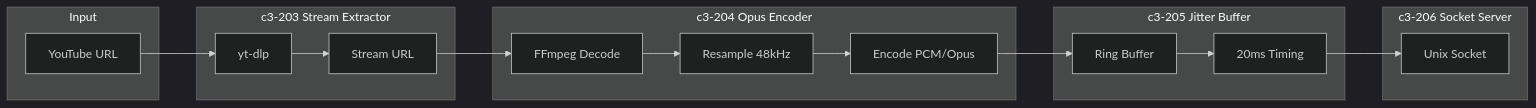
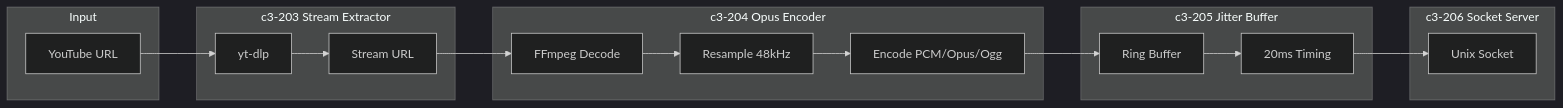
One commit to thewind121212/natashi changed the fifth of 6 diagrams in .c3/c3-2-go-audio/README.md. Above: the diagram before and after it, drawn with Mermaid (dark theme). The commit also changed other lines of this file and 8 other files, not shown here.

````diff
--- a/.c3/c3-2-go-audio/README.md
+++ b/.c3/c3-2-go-audio/README.md
@@ -136,28 +143,28 @@
 ```mermaid
 flowchart LR
     subgraph Input["Input"]
         URL[YouTube URL]
     end
 
     subgraph c3_203["c3-203 Stream Extractor"]
         YTDLP[yt-dlp]
         STREAM[Stream URL]
     end
 
     subgraph c3_204["c3-204 Opus Encoder"]
         DECODE[FFmpeg Decode]
         RESAMPLE[Resample 48kHz]
-        ENCODE[Encode PCM/Opus]
+        ENCODE[Encode PCM/Opus/Ogg]
     end
 
     subgraph c3_205["c3-205 Jitter Buffer"]
         BUFFER[Ring Buffer]
         TIMING[20ms Timing]
     end
 
     subgraph c3_206["c3-206 Socket Server"]
         OUTPUT[Unix Socket]
     end
 
     URL --> YTDLP --> STREAM --> DECODE --> RESAMPLE --> ENCODE --> BUFFER --> TIMING --> OUTPUT
 ```
````
